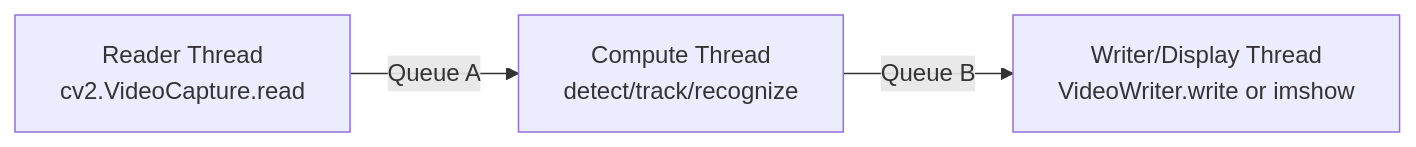
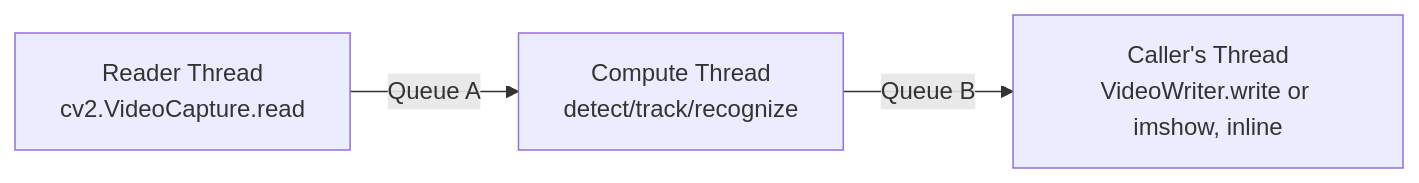
One commit to hj2583/FaceAndVoiceRecV2 changed the diagram in docs/superpowers/specs/2026-09-23-gpu-utilization-pipeline-design.md. Above: the diagram before and after it, drawn with Mermaid. The commit also changed other lines of this file and 3 other files, not shown here.

````diff
--- a/docs/superpowers/specs/2026-09-23-gpu-utilization-pipeline-design.md
+++ b/docs/superpowers/specs/2026-09-23-gpu-utilization-pipeline-design.md
@@ -35,5 +35,5 @@
 ```mermaid
 flowchart LR
     A[Reader Thread\ncv2.VideoCapture.read] -- Queue A --> B[Compute Thread\ndetect/track/recognize]
-    B -- Queue B --> C[Writer/Display Thread\nVideoWriter.write or imshow]
+    B -- Queue B --> C[Caller's Thread\nVideoWriter.write or imshow, inline]
 ```
````
